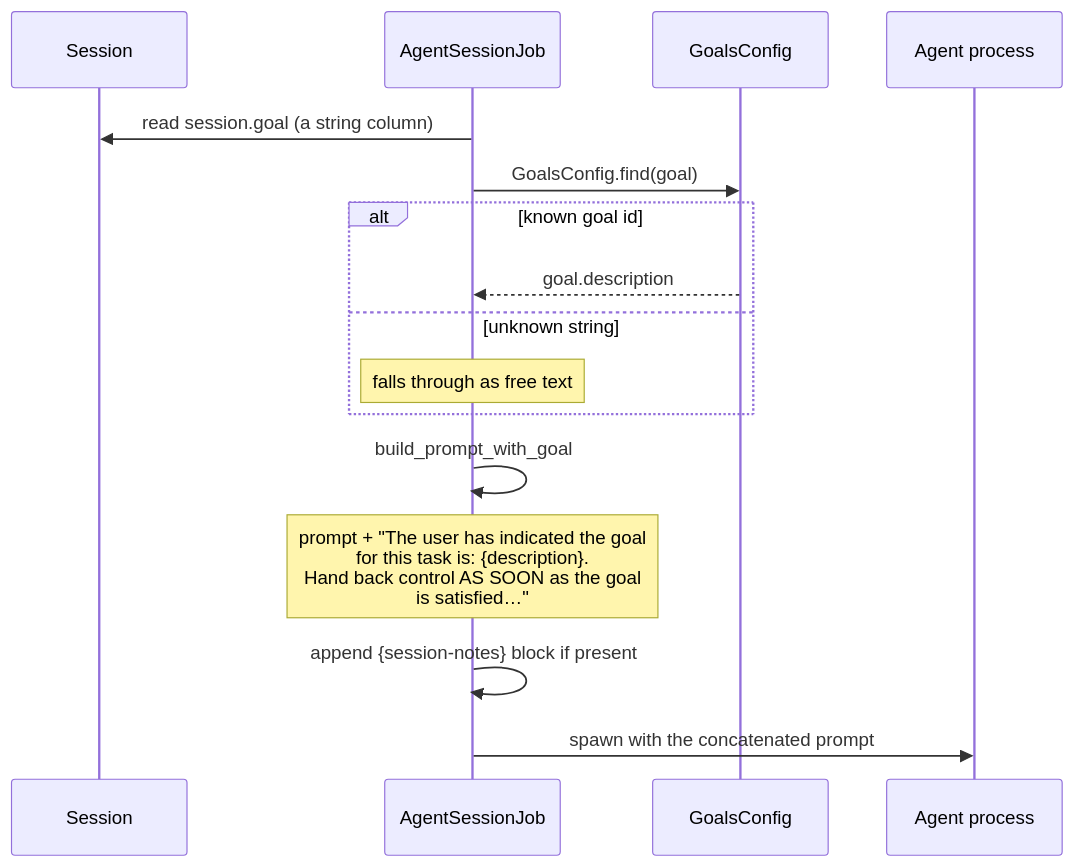
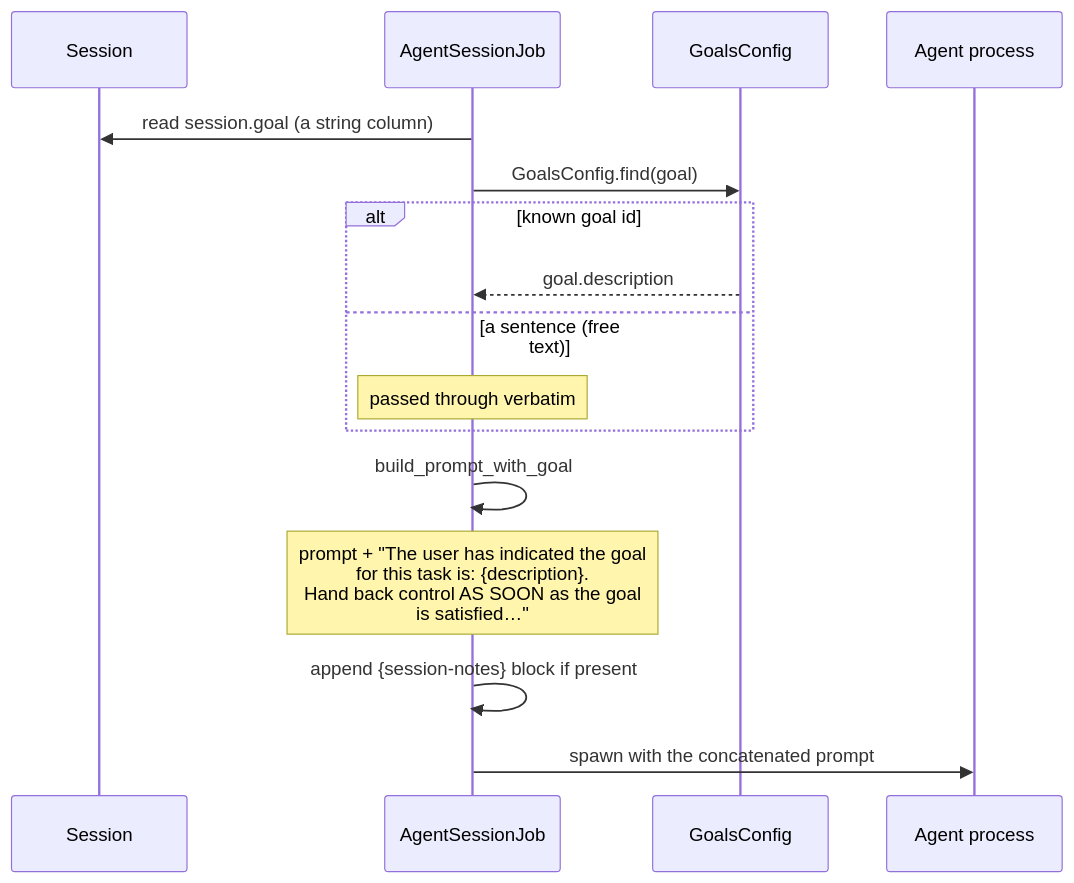
One commit to tadasant/zimmer changed the second of 2 diagrams in docs/src/content/docs/sessions/goals.md. Above: the diagram before and after it, drawn with Mermaid. The commit also changed other lines of this file and 52 other files, not shown here.

````diff
--- a/docs/src/content/docs/sessions/goals.md
+++ b/docs/src/content/docs/sessions/goals.md
@@ -96,19 +96,19 @@
 ```mermaid
 sequenceDiagram
     participant S as Session
     participant J as AgentSessionJob
     participant G as GoalsConfig
     participant P as Agent process
 
     J->>S: read session.goal (a string column)
     J->>G: GoalsConfig.find(goal)
     alt known goal id
         G-->>J: goal.description
-    else unknown string
-        Note over J: falls through as free text
+    else a sentence (free text)
+        Note over J: passed through verbatim
     end
     J->>J: build_prompt_with_goal
     Note over J: prompt + "The user has indicated the goal<br/>for this task is: {description}.<br/>Hand back control AS SOON as the goal<br/>is satisfied…"
     J->>J: append {session-notes} block if present
     J->>P: spawn with the concatenated prompt
 ```
````
